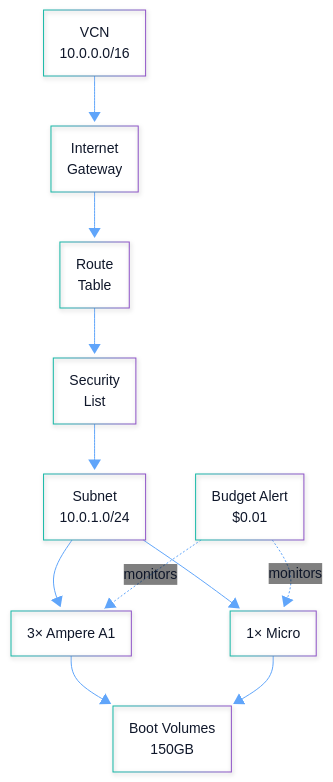
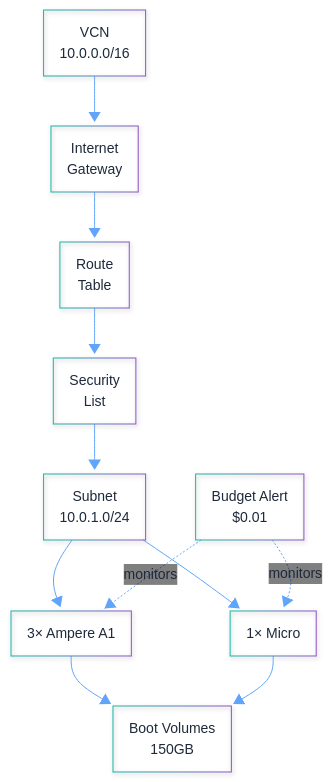
Before and after one commit to syscode-labs/oci-free-tier-manager: diagram 11 of 18 in docs/ARCHITECTURE-DIAGRAMS.md, drawn with Mermaid. The commit also changed other lines of this file and 1 other file, not shown here.

First line of the commit message:
fix: improve diagram text visibility on dark backgrounds

````diff
--- a/docs/ARCHITECTURE-DIAGRAMS.md
+++ b/docs/ARCHITECTURE-DIAGRAMS.md
@@ -712,54 +712,54 @@
 ```mermaid
 ---
 config:
   look: neo
   theme: base
   themeVariables:
     primaryColor: "#2dd4bf"
-    primaryTextColor: "#0f172a"
+    primaryTextColor: "#1e293b"
     primaryBorderColor: "#14b8a6"
     secondaryColor: "#a855f7"
     tertiaryColor: "#f59e0b"
     background: "transparent"
     mainBkg: "transparent"
     secondBkg: "#f1f5f9"
     lineColor: "#60a5fa"
     border1: "#60a5fa"
     border2: "#60a5fa"
     arrowheadColor: "#60a5fa"
     fontFamily: "arial"
     fontSize: "14px"
     labelBackground: "transparent"
-    textColor: "#0f172a"
+    textColor: "#64748b"
     nodeBorder: "#60a5fa"
     clusterBkg: "#f8fafc"
     clusterBorder: "#60a5fa"
     edgeLabelBackground: "transparent"
     actorBorder: "#60a5fa"
     actorBkg: "#e0f2fe"
-    actorTextColor: "#0f172a"
+    actorTextColor: "#1e293b"
     actorLineColor: "#60a5fa"
     signalColor: "#60a5fa"
-    signalTextColor: "#0f172a"
+    signalTextColor: "#1e293b"
     labelBoxBkgColor: "#e0f2fe"
     labelBoxBorderColor: "#60a5fa"
-    labelTextColor: "#0f172a"
+    labelTextColor: "#1e293b"
   flowchart:
     useMaxWidth: true
     htmlLabels: true
     curve: basis
 ---
 graph TB
     VCN["VCN<br/>10.0.0.0/16"] --> IGW["Internet<br/>Gateway"]
     IGW --> RT["Route<br/>Table"]
     RT --> SL["Security<br/>List"]
     SL --> Subnet["Subnet<br/>10.0.1.0/24"]
     
     Subnet --> Ampere["3× Ampere A1"]
     Subnet --> Micro["1× Micro"]
     
     Ampere --> Storage["Boot Volumes<br/>150GB"]
     Micro --> Storage
     
     Budget["Budget Alert<br/>$0.01"] -.monitors.-> Ampere & Micro
 ```
````
